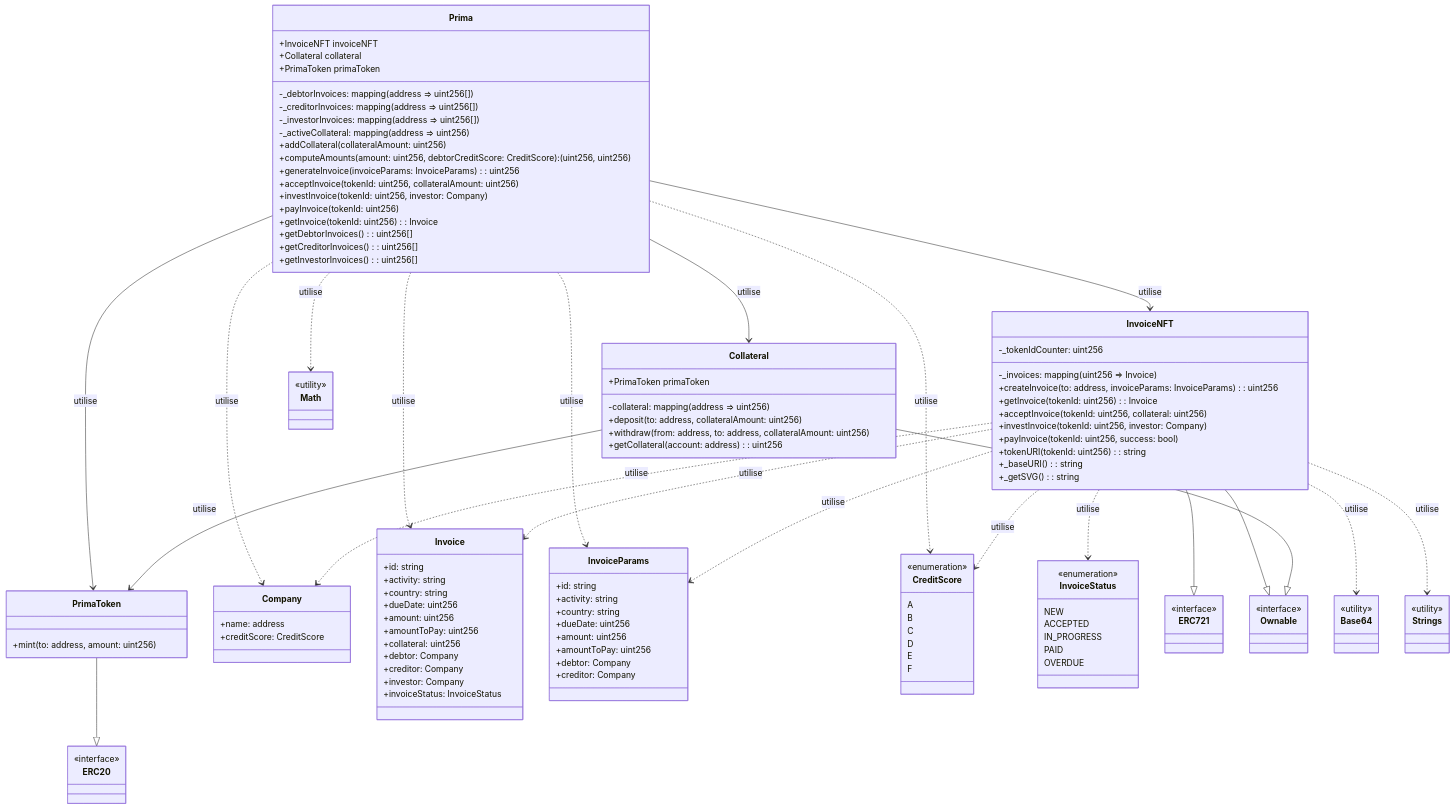
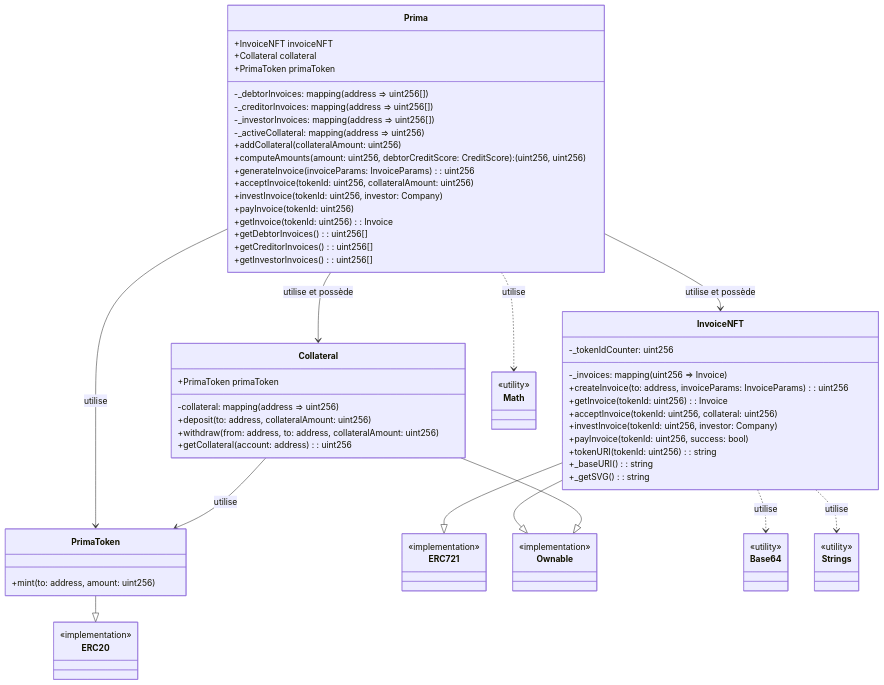
Before and after one commit to aaudelin/alyra-prima: the diagram in docs/architecture.md, drawn with Mermaid.

Commit message:
doc: simplify architecture

````diff
--- a/docs/architecture.md
+++ b/docs/architecture.md
@@ -49,67 +49,17 @@
         +mint(to: address, amount: uint256)
     }
 
-    %% Structures et Enums
-    class Company {
-        +name: address
-        +creditScore: CreditScore
-    }
-
-    class Invoice {
-        +id: string
-        +activity: string
-        +country: string
-        +dueDate: uint256
-        +amount: uint256
-        +amountToPay: uint256
-        +collateral: uint256
-        +debtor: Company
-        +creditor: Company
-        +investor: Company
-        +invoiceStatus: InvoiceStatus
-    }
-
-    class InvoiceParams {
-        +id: string
-        +activity: string
-        +country: string
-        +dueDate: uint256
-        +amount: uint256
-        +amountToPay: uint256
-        +debtor: Company
-        +creditor: Company
-    }
-
-    class CreditScore {
-        <<enumeration>>
-        A
-        B
-        C
-        D
-        E
-        F
-    }
-
-    class InvoiceStatus {
-        <<enumeration>>
-        NEW
-        ACCEPTED
-        IN_PROGRESS
-        PAID
-        OVERDUE
-    }
-
     %% OpenZeppelin Contracts
     class ERC721 {
-        <<interface>>
+        <<implementation>>
     }
 
     class ERC20 {
-        <<interface>>
+        <<implementation>>
     }
 
     class Ownable {
-        <<interface>>
+        <<implementation>>
     }
 
     class Math {
@@ -125,8 +75,8 @@
     }
 
     %% Relations entre les contrats
-    Prima --> InvoiceNFT : utilise
-    Prima --> Collateral : utilise
+    Prima --> InvoiceNFT : utilise et possède
+    Prima --> Collateral : utilise et possède
     Prima --> PrimaToken : utilise
     Prima ..> Math : utilise
     Collateral --> PrimaToken : utilise
@@ -138,15 +88,4 @@
     InvoiceNFT ..> Strings : utilise
     PrimaToken --|> ERC20
     Collateral --|> Ownable
-
-    %% Relations avec les structures
-    Prima ..> Company : utilise
-    Prima ..> InvoiceParams : utilise
-    Prima ..> Invoice : utilise
-    Prima ..> CreditScore : utilise
-    InvoiceNFT ..> Invoice : utilise
-    InvoiceNFT ..> InvoiceParams : utilise
-    InvoiceNFT ..> Company : utilise
-    InvoiceNFT ..> InvoiceStatus : utilise
-    InvoiceNFT ..> CreditScore : utilise
 ```
````
